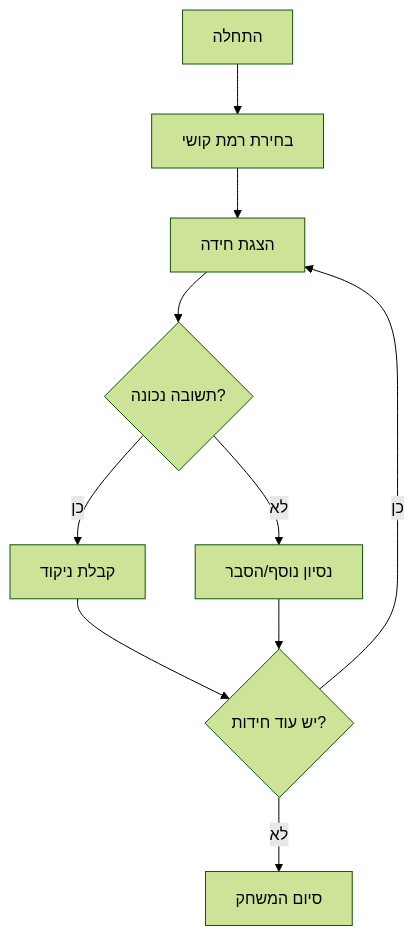
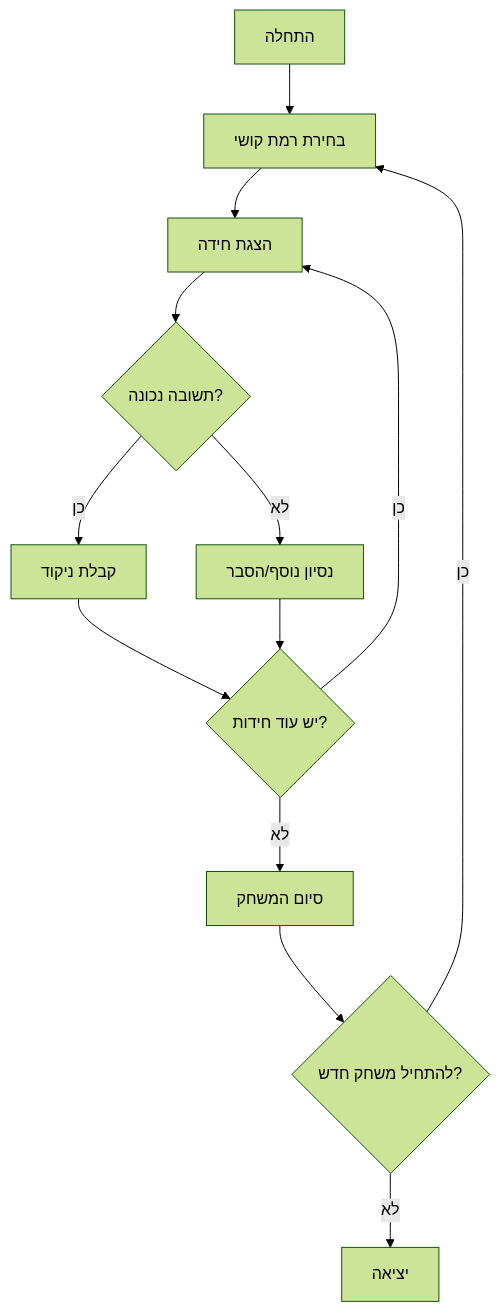
The diagram in README.md (elazarmatan/riddles_project), drawn with Mermaid (forest theme) before and after one commit. The commit also changed other lines of this file, not shown here.

````diff
--- a/README.md
+++ b/README.md
@@ -41,12 +41,15 @@
 ```mermaid
 flowchart TD
     A[התחלה] --> B[בחירת רמת קושי]
     B --> C[הצגת חידה]
     C --> D{תשובה נכונה?}
     D -- כן --> E[קבלת ניקוד]
     D -- לא --> F[נסיון נוסף/הסבר]
     E --> G{יש עוד חידות?}
     F --> G
     G -- כן --> C
     G -- לא --> H[סיום המשחק]
+    H --> I{להתחיל משחק חדש?}
+    I -- כן --> B
+    I -- לא --> J[יציאה]
 ```
````
